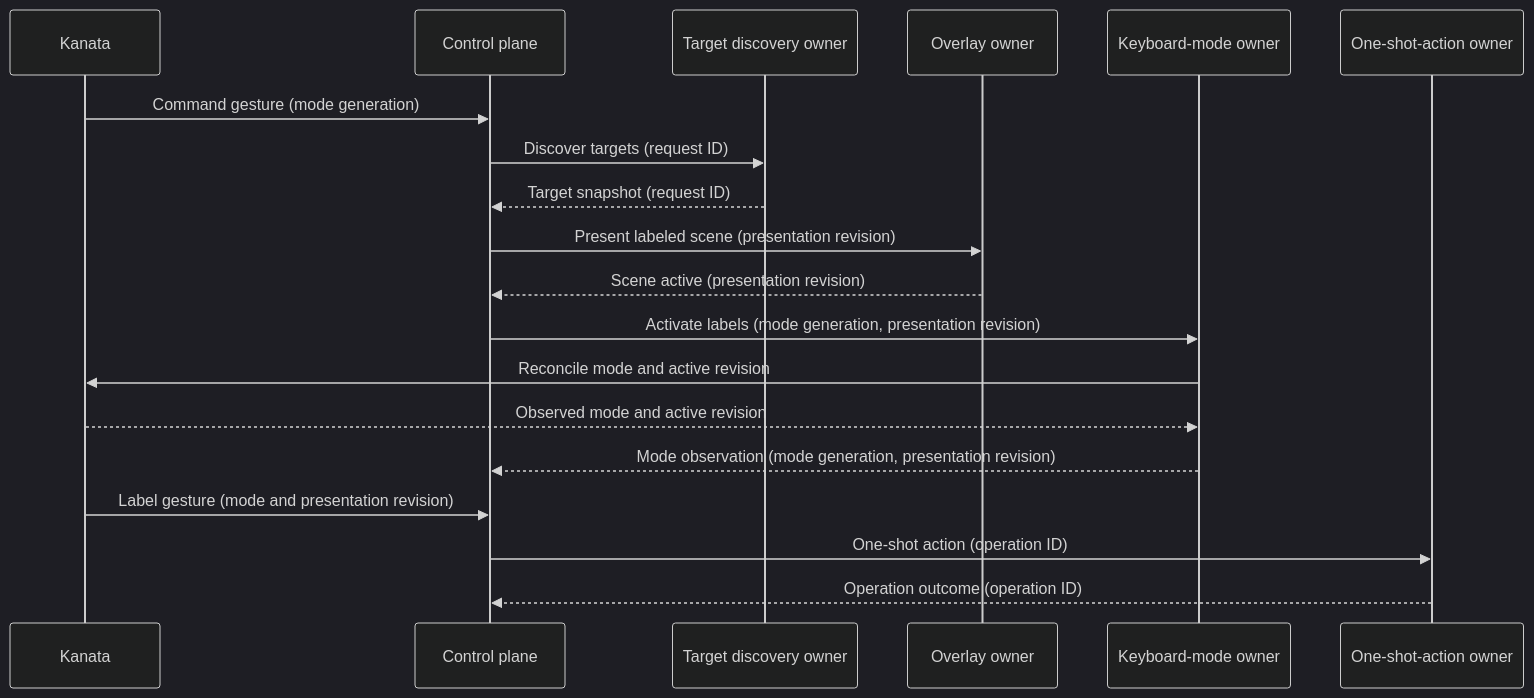
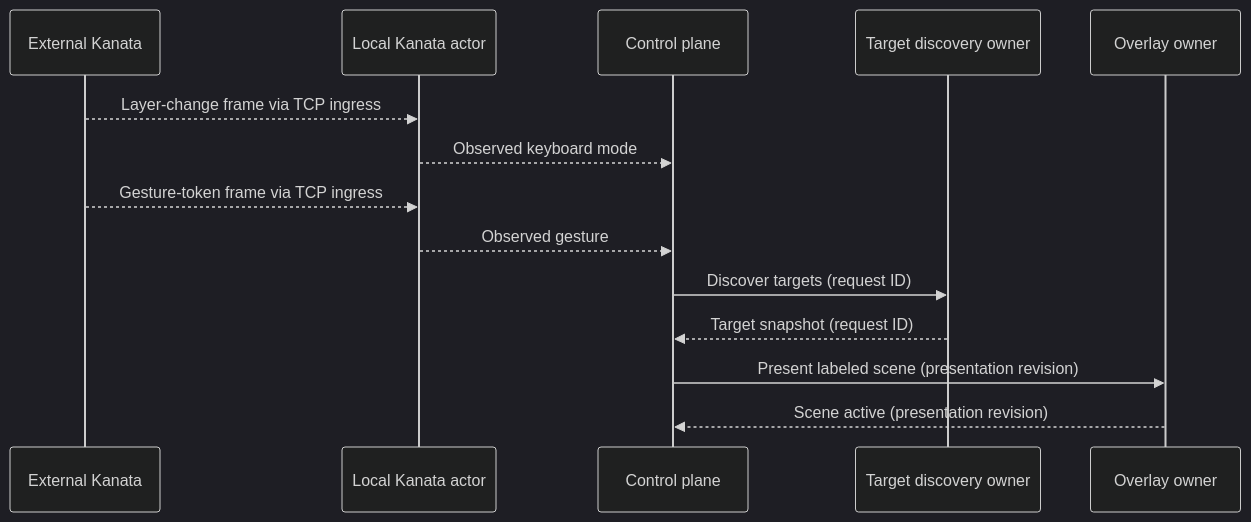
The diagram in ARCHITECTURE.md (MattKotsenas/desknav), drawn with Mermaid (dark theme) before and after one commit. The commit also changed other lines of this file and 17 other files, not shown here.

First line of the commit message:
Add progressive gesture ingress (#11)

````diff
--- a/ARCHITECTURE.md
+++ b/ARCHITECTURE.md
@@ -154,22 +173,17 @@
 ```mermaid
 sequenceDiagram
-    participant K as Kanata
+    participant K as External Kanata
+    participant KA as Local Kanata actor
     participant C as Control plane
     participant D as Target discovery owner
     participant O as Overlay owner
-    participant M as Keyboard-mode owner
-    participant A as One-shot-action owner
 
-    K->>C: Command gesture (mode generation)
+    K-->>KA: Layer-change frame via TCP ingress
+    KA-->>C: Observed keyboard mode
+    K-->>KA: Gesture-token frame via TCP ingress
+    KA-->>C: Observed gesture
     C->>D: Discover targets (request ID)
     D-->>C: Target snapshot (request ID)
     C->>O: Present labeled scene (presentation revision)
     O-->>C: Scene active (presentation revision)
-    C->>M: Activate labels (mode generation, presentation revision)
-    M->>K: Reconcile mode and active revision
-    K-->>M: Observed mode and active revision
-    M-->>C: Mode observation (mode generation, presentation revision)
-    K->>C: Label gesture (mode and presentation revision)
-    C->>A: One-shot action (operation ID)
-    A-->>C: Operation outcome (operation ID)
 ```
````
